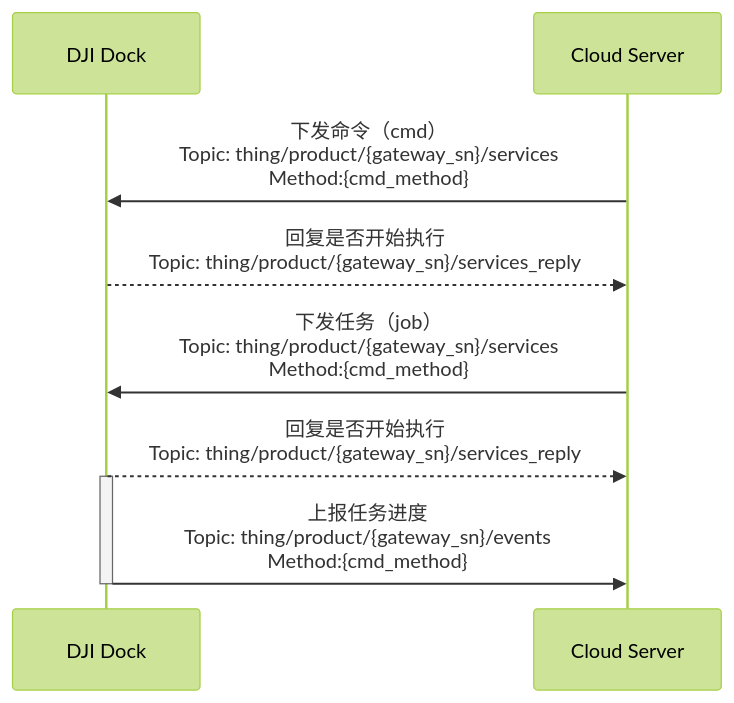
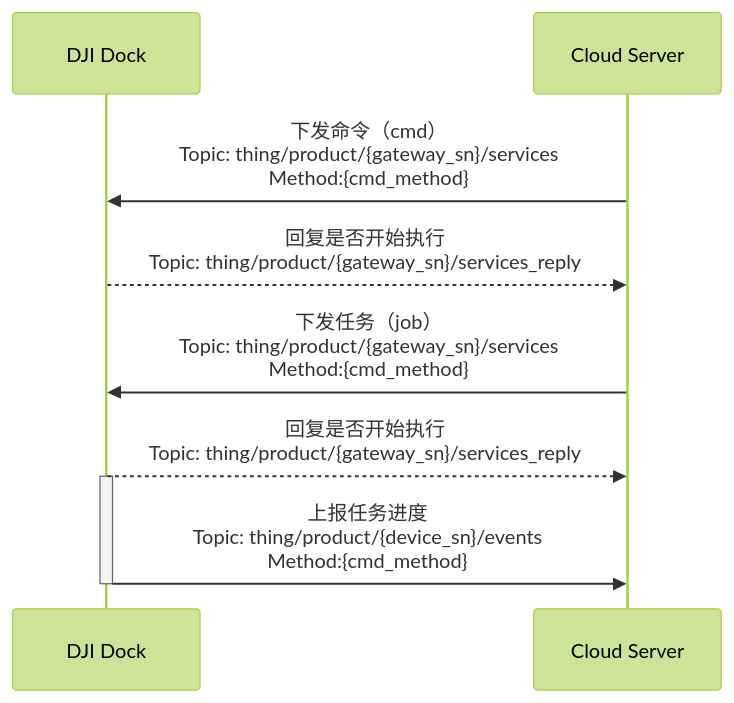
The diagram in docs/cn/30.feature-set/20.dock-feature-set/70.remote-debug.md (dji-sdk/Cloud-API-Doc), drawn with Mermaid (forest theme) before and after one commit. The commit also changed 41 other files, not shown here.

````diff
--- a/docs/cn/30.feature-set/20.dock-feature-set/70.remote-debug.md
+++ b/docs/cn/30.feature-set/20.dock-feature-set/70.remote-debug.md
@@ -32,21 +32,21 @@
 ```mermaid
 sequenceDiagram
 
 participant client as DJI Dock
 participant app_server as Cloud Server
 
 app_server ->> client : 下发命令（cmd）<br/>Topic: thing/product/{gateway_sn}/services<br/>Method:{cmd_method}
 client -->> app_server : 回复是否开始执行<br/>Topic: thing/product/{gateway_sn}/services_reply
 
 app_server ->> client : 下发任务（job）<br/>Topic: thing/product/{gateway_sn}/services<br/>Method:{cmd_method}
 client -->> app_server  : 回复是否开始执行<br/>Topic: thing/product/{gateway_sn}/services_reply
 
 
 
 activate client
 
-client ->> app_server : 上报任务进度<br/>Topic: thing/product/{gateway_sn}/events<br/>Method:{cmd_method}
+client ->> app_server : 上报任务进度<br/>Topic: thing/product/{device_sn}/events<br/>Method:{cmd_method}
 
 deactivate client
 
 ```
````
